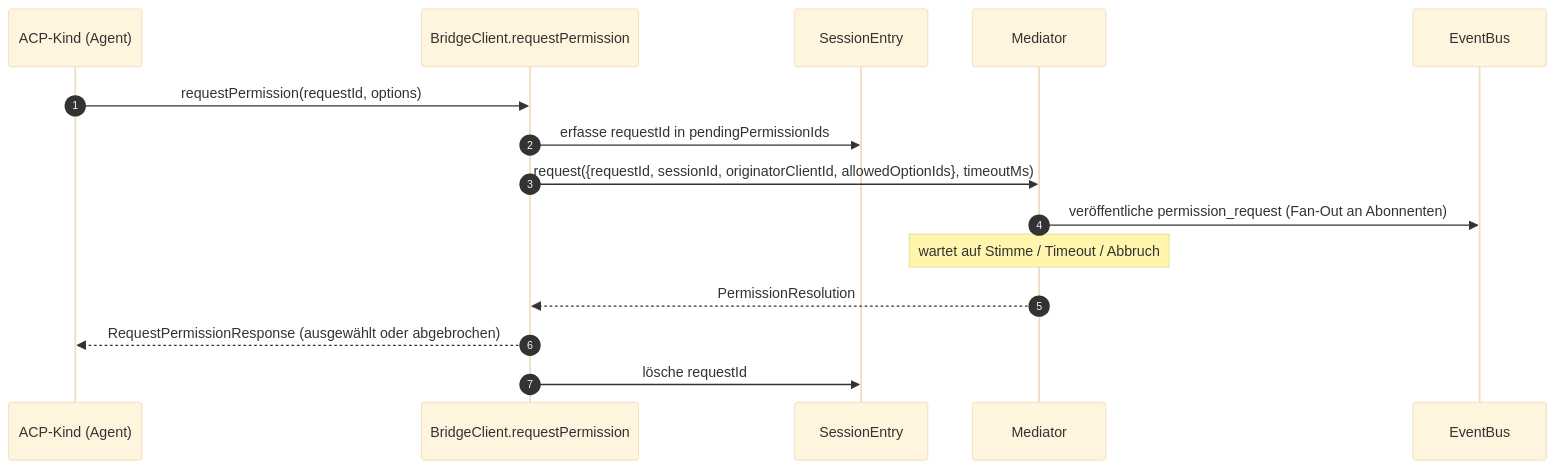
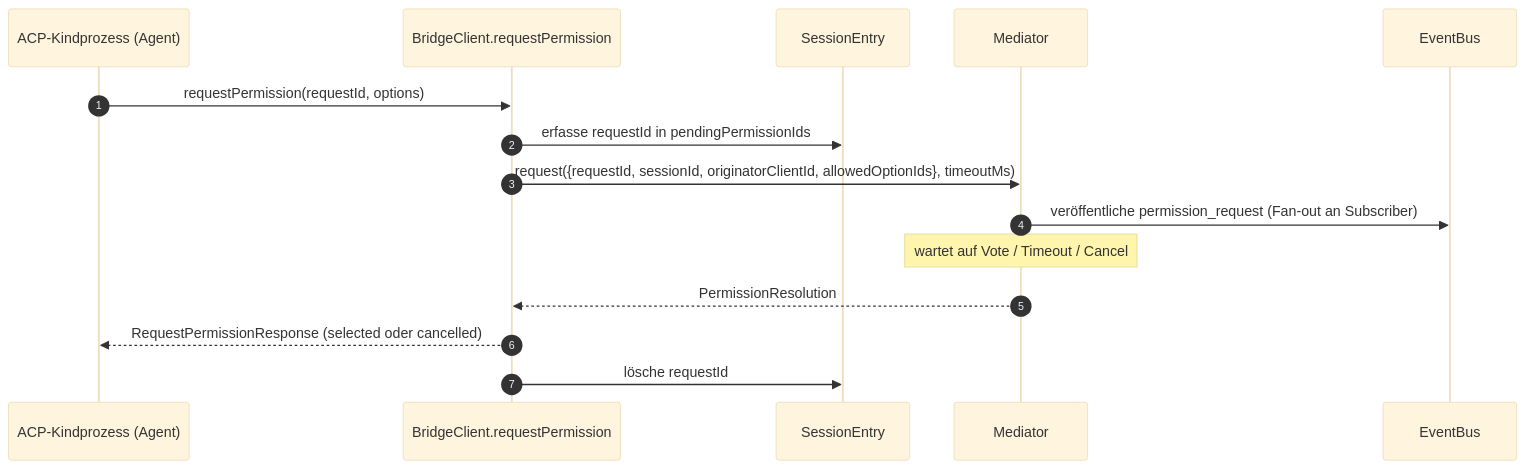
Before and after one commit to QwenLM/qwen-code-docs: the third of 4 diagrams in website/content/de/developers/daemon/03-acp-bridge.md, drawn with Mermaid (base theme). The commit also changed other lines of this file and 162 other files, not shown here.

````diff
--- a/website/content/de/developers/daemon/03-acp-bridge.md
+++ b/website/content/de/developers/daemon/03-acp-bridge.md
@@ -129,18 +122,18 @@
 ```mermaid
 sequenceDiagram
     autonumber
-    participant ACP as ACP-Kind (Agent)
+    participant ACP as ACP-Kindprozess (Agent)
     participant BC as BridgeClient.requestPermission
     participant E as SessionEntry
     participant M as Mediator
     participant EB as EventBus
 
     ACP->>BC: requestPermission(requestId, options)
     BC->>E: erfasse requestId in pendingPermissionIds
     BC->>M: request({requestId, sessionId, originatorClientId, allowedOptionIds}, timeoutMs)
-    M->>EB: veröffentliche permission_request (Fan-Out an Abonnenten)
-    Note over M: wartet auf Stimme / Timeout / Abbruch
+    M->>EB: veröffentliche permission_request (Fan-out an Subscriber)
+    Note over M: wartet auf Vote / Timeout / Cancel
     M-->>BC: PermissionResolution
-    BC-->>ACP: RequestPermissionResponse (ausgewählt oder abgebrochen)
+    BC-->>ACP: RequestPermissionResponse (selected oder cancelled)
     BC->>E: lösche requestId
 ```
````
